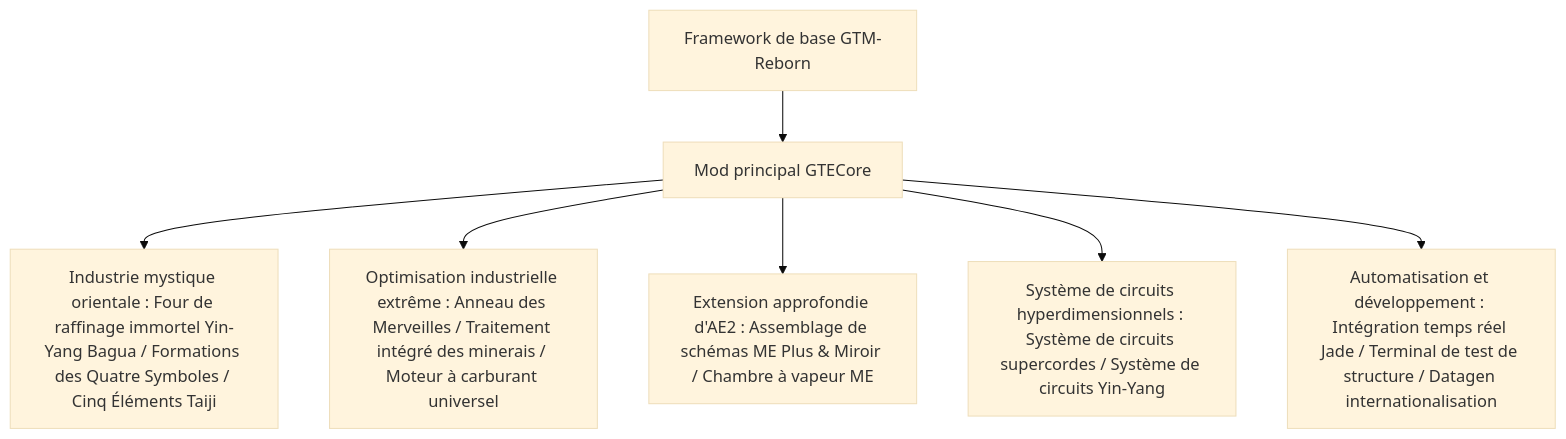
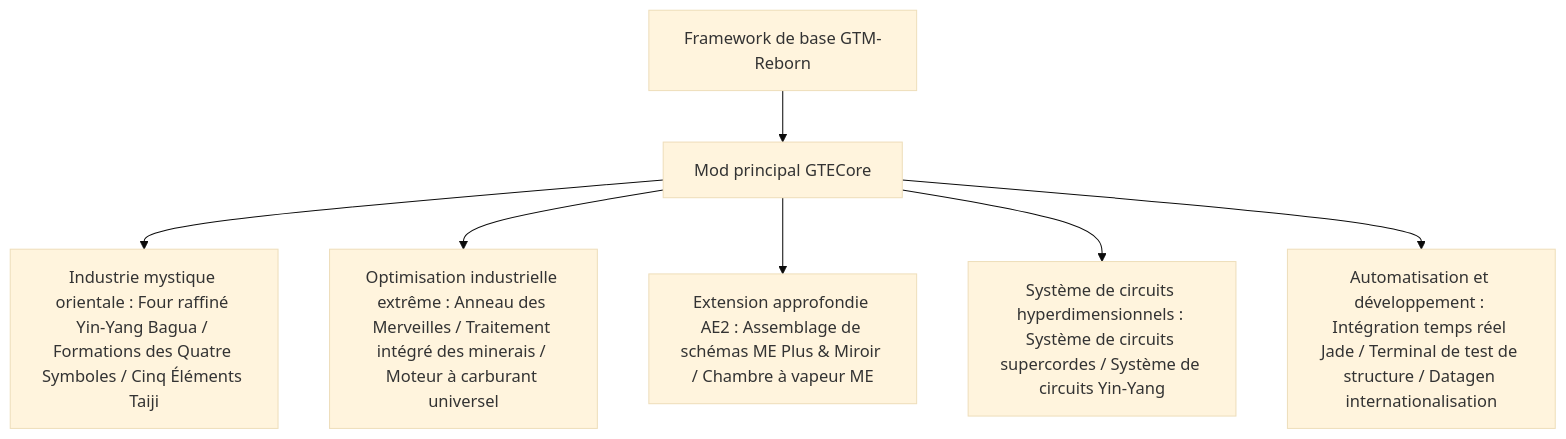
Before and after one commit to takanashisatou/GregtechEasy: the diagram in docs/fr/gtecore/overview.md, drawn with Mermaid (base theme). The commit also changed other lines of this file and 138 other files, not shown here.

````diff
--- a/docs/fr/gtecore/overview.md
+++ b/docs/fr/gtecore/overview.md
@@ -9,9 +9,9 @@
 ```mermaid
 graph TD
     A[Framework de base GTM-Reborn] --> B[Mod principal GTECore]
-    B --> C[Industrie mystique orientale : Four de raffinage immortel Yin-Yang Bagua / Formations des Quatre Symboles / Cinq Éléments Taiji]
+    B --> C[Industrie mystique orientale : Four raffiné Yin-Yang Bagua / Formations des Quatre Symboles / Cinq Éléments Taiji]
     B --> D[Optimisation industrielle extrême : Anneau des Merveilles / Traitement intégré des minerais / Moteur à carburant universel]
-    B --> E[Extension approfondie d'AE2 : Assemblage de schémas ME Plus & Miroir / Chambre à vapeur ME]
+    B --> E[Extension approfondie AE2 : Assemblage de schémas ME Plus & Miroir / Chambre à vapeur ME]
     B --> F[Système de circuits hyperdimensionnels : Système de circuits supercordes / Système de circuits Yin-Yang]
     B --> G[Automatisation et développement : Intégration temps réel Jade / Terminal de test de structure / Datagen internationalisation]
 ```
````
